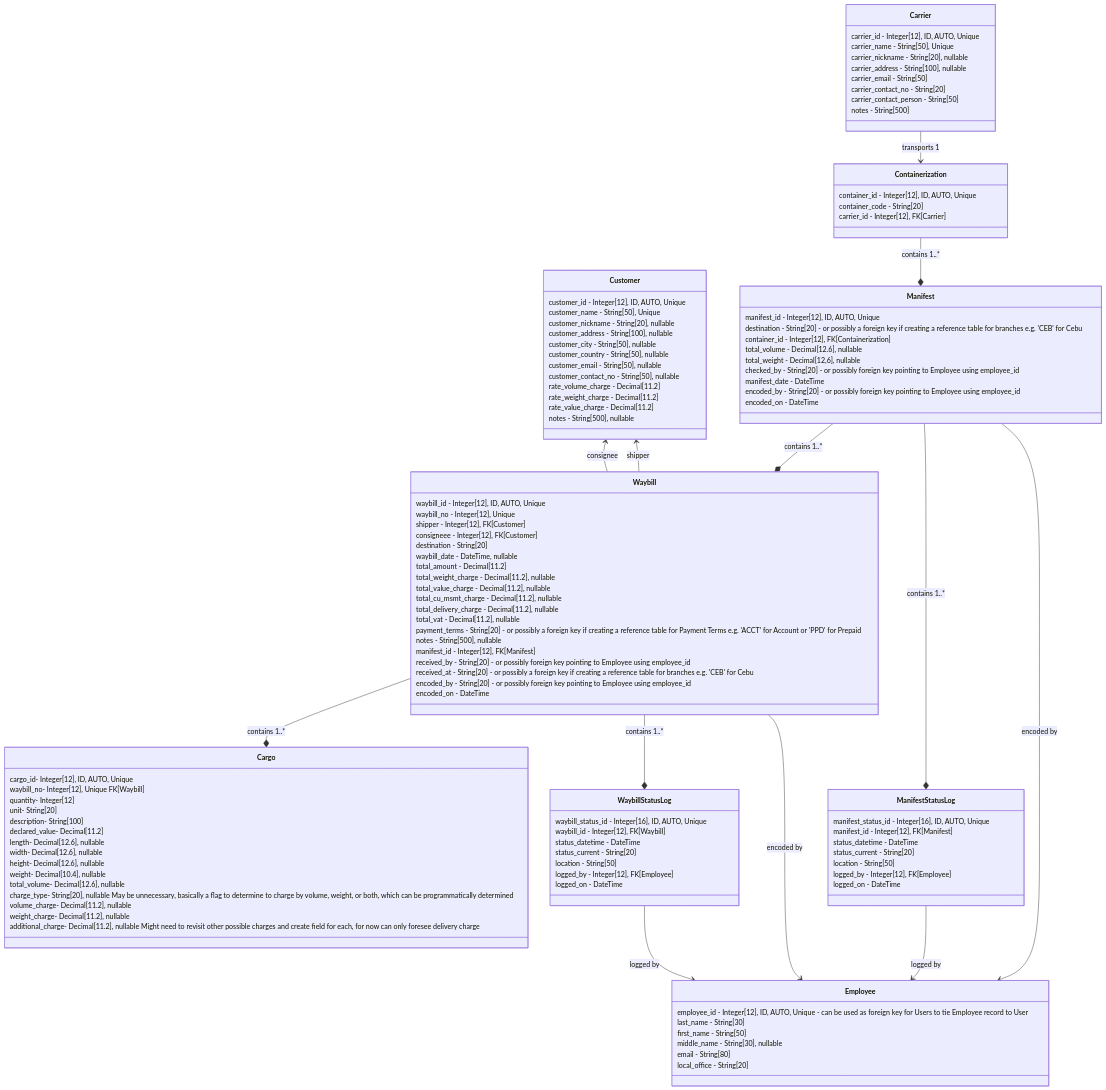
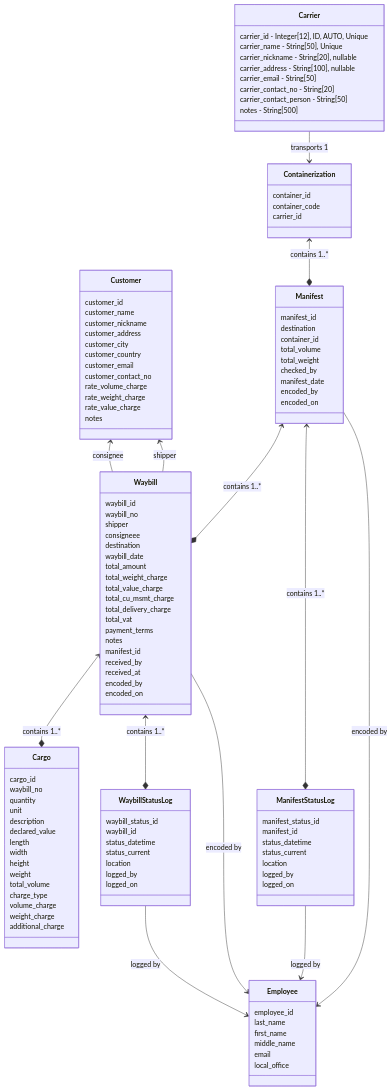
One commit to marteyhaw/ideal-train changed the diagram in docs/MODELS.md. Above: the diagram before and after it, drawn with Mermaid. The commit also changed other lines of this file, not shown here.

Commit message:
chore: Update database models

````diff
--- a/docs/MODELS.md
+++ b/docs/MODELS.md
@@ -5,80 +19,21 @@
 ```mermaid
 classDiagram
-class Employee{
-  employee_id - Integer[12], ID, AUTO, Unique - can be used as foreign key for Users to tie Employee record to User
-  last_name - String[30]
-  first_name - String[50]
-  middle_name - String[30], nullable
-  email - String[80]
-  local_office - String[20]
-}
-class Customer{
-  customer_id - Integer[12], ID, AUTO, Unique
-  customer_name - String[50], Unique
-  customer_nickname - String[20], nullable
-  customer_address - String[100], nullable
-  customer_city - String[50], nullable
-  customer_country - String[50], nullable
-  customer_email - String[50], nullable
-  customer_contact_no - String[50], nullable
-  rate_volume_charge - Decimal[11.2]
-  rate_weight_charge - Decimal[11.2]
-  rate_value_charge - Decimal[11.2]
-  notes - String[500], nullable
-}
-class Waybill{
-  waybill_id - Integer[12], ID, AUTO, Unique
-  waybill_no - Integer[12], Unique
-  shipper - Integer[12], FK[Customer]
-  consigneee - Integer[12], FK[Customer]
-  destination - String[20]
-  waybill_date - DateTime, nullable
-  total_amount - Decimal[11.2]
-  total_weight_charge - Decimal[11.2], nullable
-  total_value_charge - Decimal[11.2], nullable
-  total_cu_msmt_charge - Decimal[11.2], nullable
-  total_delivery_charge - Decimal[11.2], nullable
-  total_vat - Decimal[11.2], nullable
-  payment_terms - String[20] - or possibly a foreign key if creating a reference table for Payment Terms e.g. 'ACCT' for Account or 'PPD' for Prepaid
-  notes - String[500], nullable
-  manifest_id - Integer[12], FK[Manifest]
-  received_by - String[20] - or possibly foreign key pointing to Employee using employee_id
-  received_at - String[20] - or possibly a foreign key if creating a reference table for branches e.g. 'CEB' for Cebu
-  encoded_by - String[20] - or possibly foreign key pointing to Employee using employee_id
-  encoded_on - DateTime
-}
 class Cargo{
-  cargo_id- Integer[12], ID, AUTO, Unique
-  waybill_no- Integer[12], Unique FK[Waybill]
-  quantity- Integer[12]
-  unit- String[20]
-  description- String[100]
-  declared_value- Decimal[11.2]
-  length- Decimal[12.6], nullable
-  width- Decimal[12.6], nullable
-  height- Decimal[12.6], nullable
-  weight- Decimal[10.4], nullable
-  total_volume- Decimal[12.6], nullable
-  charge_type- String[20], nullable May be unnecessary, basically a flag to determine to charge by volume, weight, or both, which can be programmatically determined
-  volume_charge- Decimal[11.2], nullable
-  weight_charge- Decimal[11.2], nullable
-  additional_charge- Decimal[11.2], nullable Might need to revisit other possible charges and create field for each, for now can only foresee delivery charge
-}
-class Manifest{
-  manifest_id - Integer[12], ID, AUTO, Unique
-  destination - String[20] - or possibly a foreign key if creating a reference table for branches e.g. 'CEB' for Cebu
-  container_id - Integer[12], FK[Containerization]
-  total_volume - Decimal[12.6], nullable
-  total_weight - Decimal[12,6], nullable
-  checked_by - String[20] - or possibly foreign key pointing to Employee using employee_id
-  manifest_date - DateTime
-  encoded_by - String[20] - or possibly foreign key pointing to Employee using employee_id
-  encoded_on - DateTime
-}
-class Containerization{
-  container_id - Integer[12], ID, AUTO, Unique
-  container_code - String[20]
-  carrier_id - Integer[12], FK[Carrier]
+  cargo_id
+  waybill_no
+  quantity
+  unit
+  description
+  declared_value
+  length
+  width
+  height
+  weight
+  total_volume
+  charge_type
+  volume_charge
+  weight_charge
+  additional_charge
 }
 class Carrier{
   carrier_id - Integer[12], ID, AUTO, Unique
@@ -90,34 +45,93 @@
   carrier_contact_person - String[50]
   notes - String[500]
 }
-class WaybillStatusLog{
-  waybill_status_id - Integer[16], ID, AUTO, Unique
-  waybill_id - Integer[12], FK[Waybill]
-  status_datetime - DateTime
-  status_current - String[20]
-  location - String[50]
-  logged_by - Integer[12], FK[Employee]
-  logged_on - DateTime
+class Containerization{
+  container_id
+  container_code
+  carrier_id
+}
+class Customer{
+  customer_id
+  customer_name
+  customer_nickname
+  customer_address
+  customer_city
+  customer_country
+  customer_email
+  customer_contact_no
+  rate_volume_charge
+  rate_weight_charge
+  rate_value_charge
+  notes
+}
+class Employee{
+  employee_id
+  last_name
+  first_name
+  middle_name
+  email
+  local_office
+}
+class Manifest{
+  manifest_id
+  destination
+  container_id
+  total_volume
+  total_weight
+  checked_by
+  manifest_date
+  encoded_by
+  encoded_on
 }
 class ManifestStatusLog{
-  manifest_status_id - Integer[16], ID, AUTO, Unique
-  manifest_id - Integer[12], FK[Manifest]
-  status_datetime - DateTime
-  status_current - String[20]
-  location - String[50]
-  logged_by - Integer[12], FK[Employee]
-  logged_on - DateTime
+  manifest_status_id
+  manifest_id
+  status_datetime
+  status_current
+  location
+  logged_by
+  logged_on
+}
+class Waybill{
+  waybill_id
+  waybill_no
+  shipper
+  consigneee
+  destination
+  waybill_date
+  total_amount
+  total_weight_charge
+  total_value_charge
+  total_cu_msmt_charge
+  total_delivery_charge
+  total_vat
+  payment_terms
+  notes
+  manifest_id
+  received_by
+  received_at
+  encoded_by
+  encoded_on
+}
+class WaybillStatusLog{
+  waybill_status_id
+  waybill_id
+  status_datetime
+  status_current
+  location
+  logged_by
+  logged_on
 }
 Waybill --> Employee : encoded by
 Manifest --> Employee : encoded by
 WaybillStatusLog --> Employee : logged by
 ManifestStatusLog --> Employee : logged by
 Carrier --> Containerization : transports 1
-Containerization --* Manifest : contains 1..*
-Manifest --* ManifestStatusLog : contains 1..*
-Manifest --* Waybill : contains 1..*
-Waybill --* WaybillStatusLog : contains 1..*
-Waybill --* Cargo : contains 1..*
+Containerization <--* Manifest : contains 1..*
+Manifest <--* ManifestStatusLog : contains 1..*
+Manifest <--* Waybill : contains 1..*
+Waybill <--* WaybillStatusLog : contains 1..*
+Waybill <--* Cargo : contains 1..*
 Customer <-- Waybill : shipper
 Customer <-- Waybill : consignee
 ```
````
